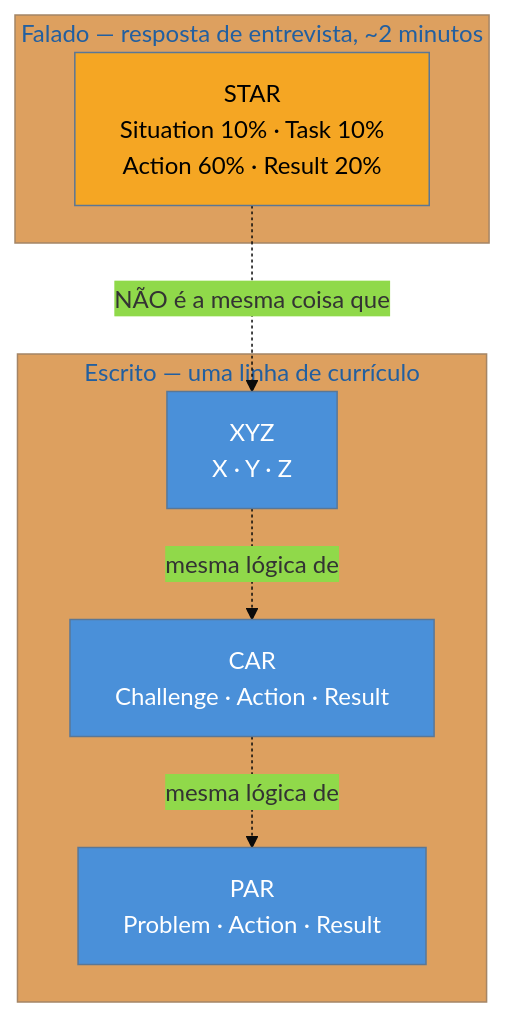
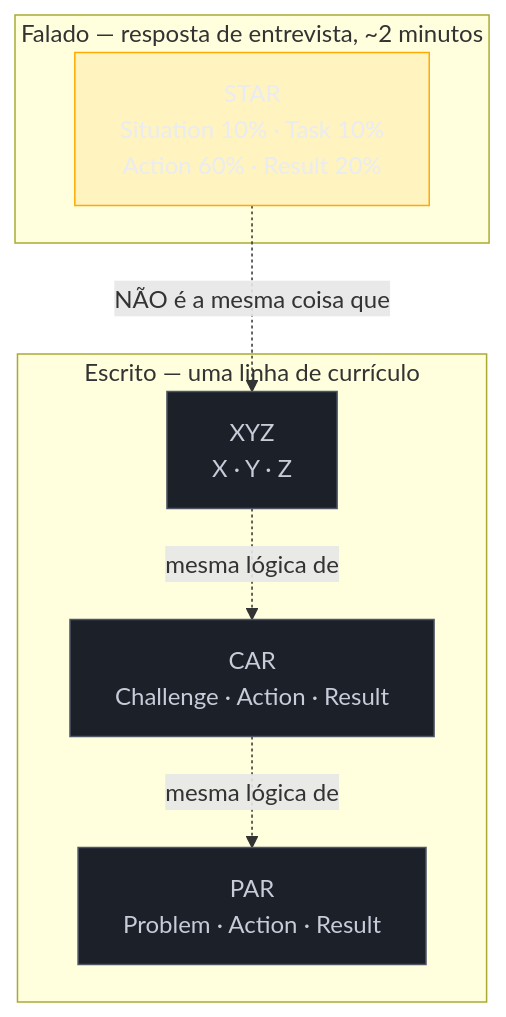
One commit to josenaldo/codex-technomanticus changed the second of 2 diagrams in 03-Dominios/Carreira/Currículo/12 - XYZ, CAR e PAR — e as críticas.md. Above: the diagram before and after it, drawn with Mermaid. The commit also changed other lines of this file and 1181 other files, not shown here.

First line of the commit message:
fix(diagramas): paleta do sistema no lugar de cor cravada no markdown

````diff
--- a/03-Dominios/Carreira/Currículo/12 - XYZ, CAR e PAR — e as críticas.md
+++ b/03-Dominios/Carreira/Currículo/12 - XYZ, CAR e PAR — e as críticas.md
@@ -90,21 +90,22 @@
 ```mermaid
-%%{init: {"theme": "base", "themeVariables": {"primaryColor": "#4A90D9"}}}%%
 graph TD
+    classDef destaque fill:#FFAA0024,stroke:#FFAA00,color:#E9ECF2
+    classDef neutro fill:#1B2029,stroke:#4E5666,color:#C6CCD8
     subgraph Escrito["Escrito — uma linha de currículo"]
         XYZb["XYZ<br/>X · Y · Z"]
         CARb["CAR<br/>Challenge · Action · Result"]
         PARb["PAR<br/>Problem · Action · Result"]
     end
     subgraph Falado["Falado — resposta de entrevista, ~2 minutos"]
         STARb["STAR<br/>Situation 10% · Task 10%<br/>Action 60% · Result 20%"]
     end
 
     XYZb -.mesma lógica de.-> CARb
     CARb -.mesma lógica de.-> PARb
     STARb -.NÃO é a mesma coisa que.-> XYZb
 
-    style STARb fill:#F5A623,color:#000
-    style XYZb fill:#4A90D9,color:#fff
-    style CARb fill:#4A90D9,color:#fff
-    style PARb fill:#4A90D9,color:#fff
+    class STARb destaque
+    class XYZb neutro
+    class CARb neutro
+    class PARb neutro
 ```
````
